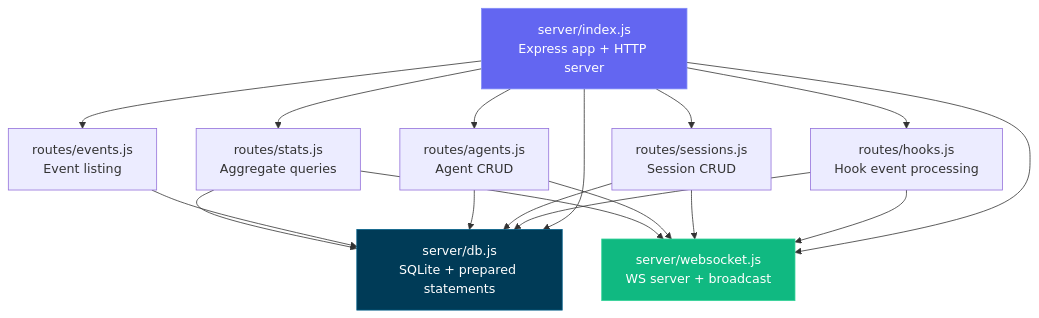
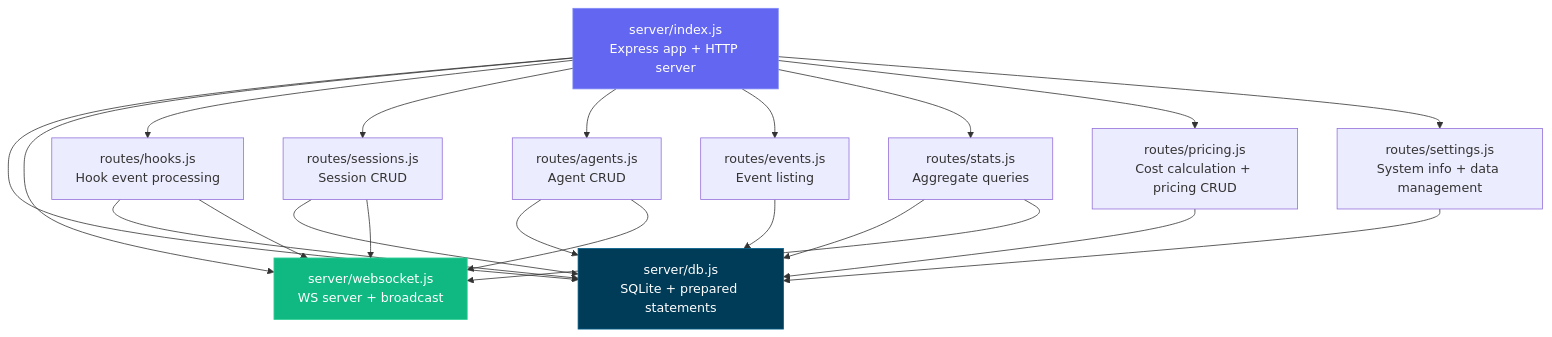
One commit to mirkanu/gsd-dashboard changed the fifth of 19 diagrams in ARCHITECTURE.md. Above: the diagram before and after it, drawn with Mermaid. The commit also changed other lines of this file and 4 other files, not shown here.

First line of the commit message:
Update project docs to reflect cost tracking, pricing API, and settings page

````diff
--- a/ARCHITECTURE.md
+++ b/ARCHITECTURE.md
@@ -203,25 +203,29 @@
 ```mermaid
 graph TD
     INDEX[server/index.js<br/>Express app + HTTP server]
     DB[server/db.js<br/>SQLite + prepared statements]
     WS[server/websocket.js<br/>WS server + broadcast]
     HOOKS[routes/hooks.js<br/>Hook event processing]
     SESSIONS[routes/sessions.js<br/>Session CRUD]
     AGENTS[routes/agents.js<br/>Agent CRUD]
     EVENTS[routes/events.js<br/>Event listing]
     STATS[routes/stats.js<br/>Aggregate queries]
+    PRICING[routes/pricing.js<br/>Cost calculation + pricing CRUD]
+    SETTINGS[routes/settings.js<br/>System info + data management]
 
     INDEX --> DB
     INDEX --> WS
-    INDEX --> HOOKS & SESSIONS & AGENTS & EVENTS & STATS
+    INDEX --> HOOKS & SESSIONS & AGENTS & EVENTS & STATS & PRICING & SETTINGS
 
     HOOKS --> DB & WS
     SESSIONS --> DB & WS
     AGENTS --> DB & WS
     EVENTS --> DB
     STATS --> DB & WS
+    PRICING --> DB
+    SETTINGS --> DB
 
     style INDEX fill:#6366f1,stroke:#818cf8,color:#fff
     style DB fill:#003B57,stroke:#005f8a,color:#fff
     style WS fill:#10b981,stroke:#34d399,color:#fff
 ```
````
